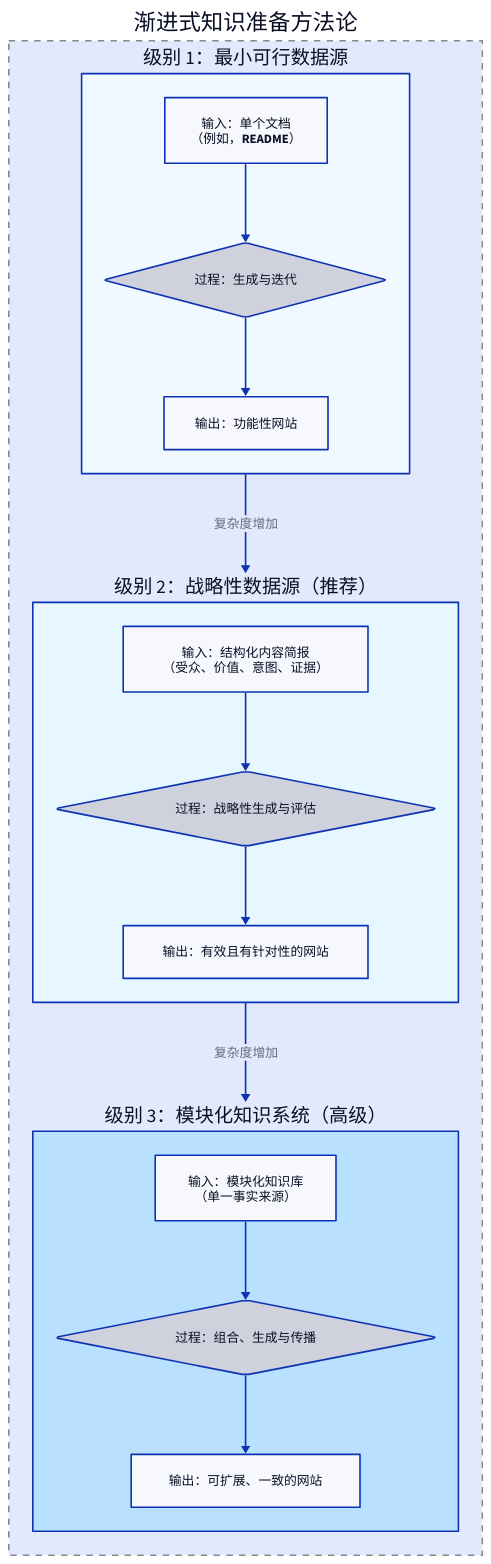
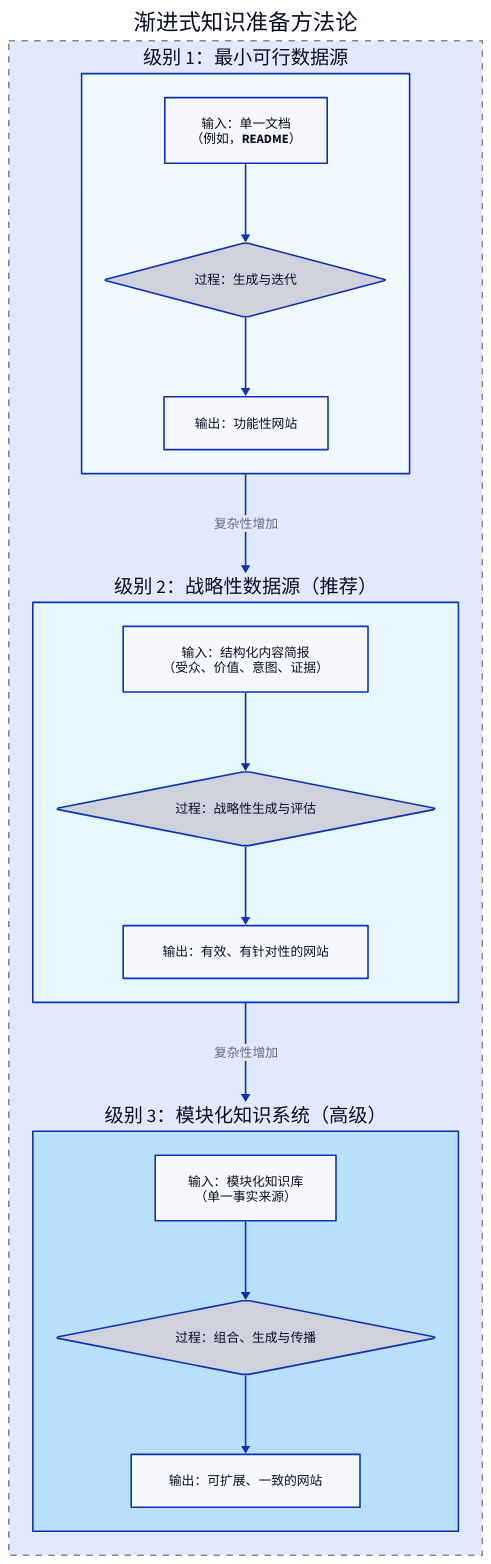
Before and after one commit to AIGNE-io/aigne-web-smith: the diagram in .aigne/doc-smith/docs/guides.zh.md, drawn with D2. The commit also changed other lines of this file and 6 other files, not shown here.

````diff
--- a/.aigne/doc-smith/docs/guides.zh.md
+++ b/.aigne/doc-smith/docs/guides.zh.md
@@ -24,7 +24,7 @@
     style.fill: "#f0f9ff"
 
     Input-1: {
-      label: "输入：单个文档\n（例如，README）"
+      label: "输入：单一文档\n（例如，README）"
       shape: rectangle
     }
 
@@ -55,7 +55,7 @@
     }
 
     Output-2: {
-      label: "输出：有效且有针对性的网站"
+      label: "输出：有效、有针对性的网站"
       shape: rectangle
     }
   }
@@ -84,10 +84,11 @@
 
 Knowledge-Preparation-Methodology.Level-1.Input-1 -> Knowledge-Preparation-Methodology.Level-1.Process-1
 Knowledge-Preparation-Methodology.Level-1.Process-1 -> Knowledge-Preparation-Methodology.Level-1.Output-1
-Knowledge-Preparation-Methodology.Level-1 -> Knowledge-Preparation-Methodology.Level-2: "复杂度增加"
+Knowledge-Preparation-Methodology.Level-1 -> Knowledge-Preparation-Methodology.Level-2: "复杂性增加"
 Knowledge-Preparation-Methodology.Level-2.Input-2 -> Knowledge-Preparation-Methodology.Level-2.Process-2
 Knowledge-Preparation-Methodology.Level-2.Process-2 -> Knowledge-Preparation-Methodology.Level-2.Output-2
-Knowledge-Preparation-Methodology.Level-2 -> Knowledge-Preparation-Methodology.Level-3: "复杂度增加"
+Knowledge-Preparation-Methodology.Level-2 -> Knowledge-Preparation-Methodology.Level-3: "复杂性增加"
 Knowledge-Preparation-Methodology.Level-3.Input-3 -> Knowledge-Preparation-Methodology.Level-3.Process-3
 Knowledge-Preparation-Methodology.Level-3.Process-3 -> Knowledge-Preparation-Methodology.Level-3.Output-3
+
 ```
````
